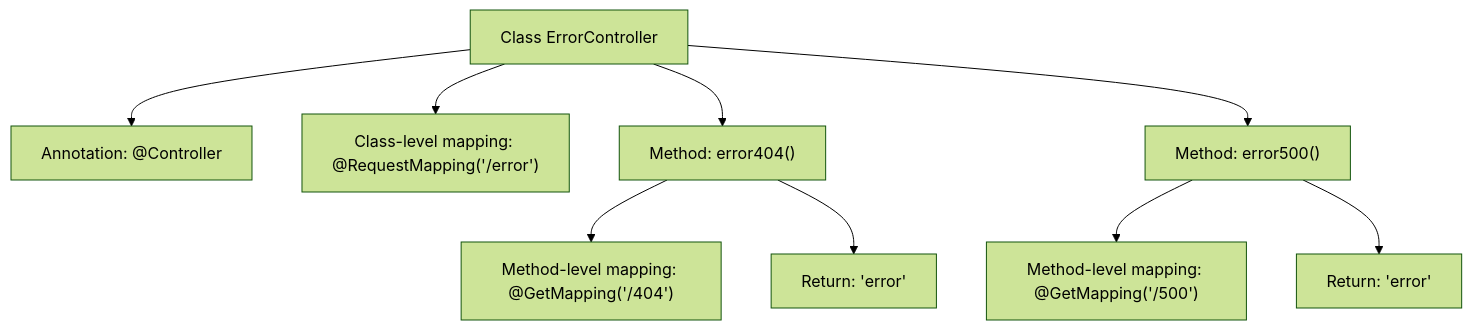
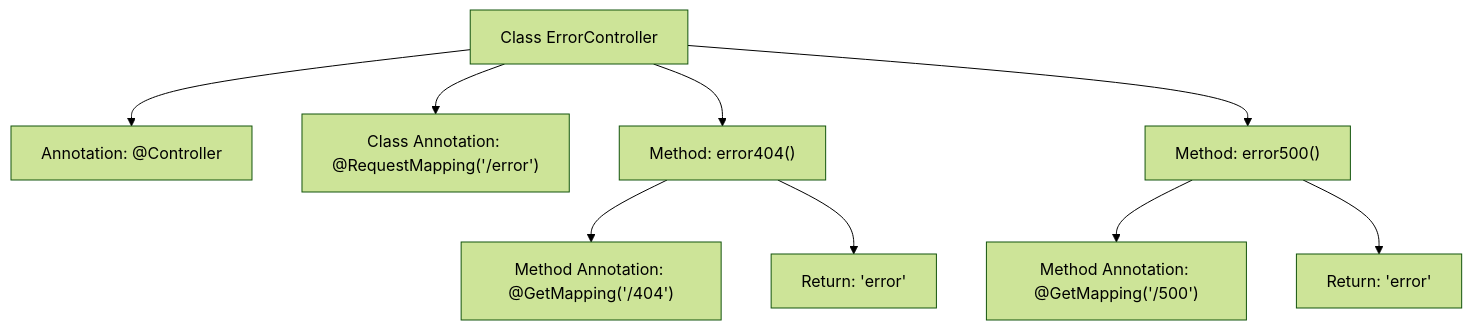
The second of 2 diagrams in docs/en/docs/src/main/java/com/github/binarywang/demo/wx/miniapp/error/ErrorController.md (v-wjrong/rongwj666_weixin-java-miniapp-demo), drawn with Mermaid (forest theme) before and after one commit. The commit also changed other lines of this file and 46 other files, not shown here.

````diff
--- a/docs/en/docs/src/main/java/com/github/binarywang/demo/wx/miniapp/error/ErrorController.md
+++ b/docs/en/docs/src/main/java/com/github/binarywang/demo/wx/miniapp/error/ErrorController.md
@@ -56,21 +51,21 @@
 ```mermaid
 graph TD
     A["Class ErrorController"]
     B["Annotation: @Controller"]
-    C["Class-level mapping: @RequestMapping('/error')"]
+    C["Class Annotation: @RequestMapping('/error')"]
     D["Method: error404()"]
-    E["Method-level mapping: @GetMapping('/404')"]
+    E["Method Annotation: @GetMapping('/404')"]
     F["Return: 'error'"]
     G["Method: error500()"]
-    H["Method-level mapping: @GetMapping('/500')"]
+    H["Method Annotation: @GetMapping('/500')"]
     I["Return: 'error'"]
 
     A --> B
     A --> C
     A --> D
     D --> E
     D --> F
     A --> G
     G --> H
     G --> I
 ```
````
